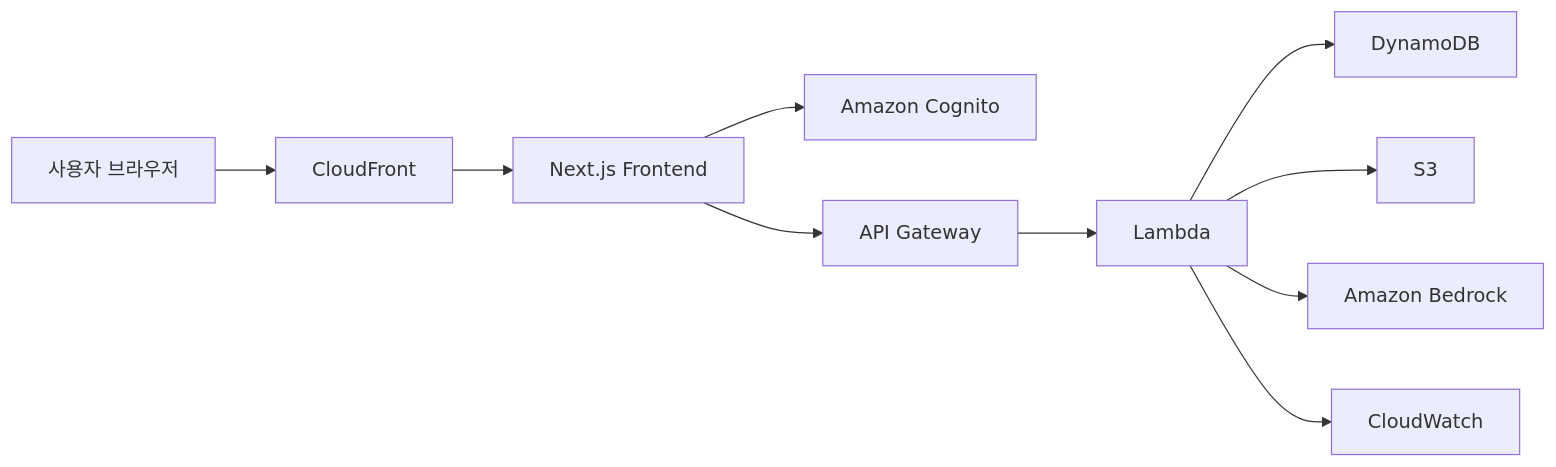
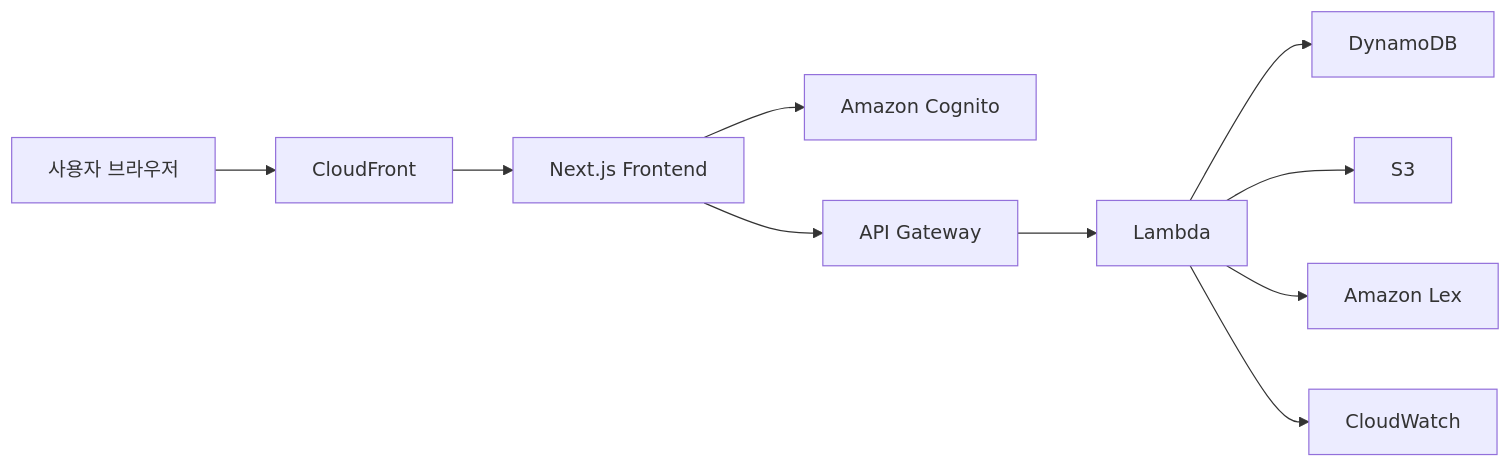
One commit to speed6569-pixel/BankFlow changed the diagram in docs/aws-architecture.md. Above: the diagram before and after it, drawn with Mermaid. The commit also changed other lines of this file and 8 other files, not shown here.

````diff
--- a/docs/aws-architecture.md
+++ b/docs/aws-architecture.md
@@ -22,12 +22,12 @@
 ```mermaid
 flowchart LR
     U[사용자 브라우저] --> C[CloudFront]
     C --> F[Next.js Frontend]
     F --> A[Amazon Cognito]
     F --> G[API Gateway]
     G --> L[Lambda]
     L --> D[DynamoDB]
     L --> S[S3]
-    L --> B[Amazon Bedrock]
+    L --> B[Amazon Lex]
     L --> W[CloudWatch]
 ```
````
